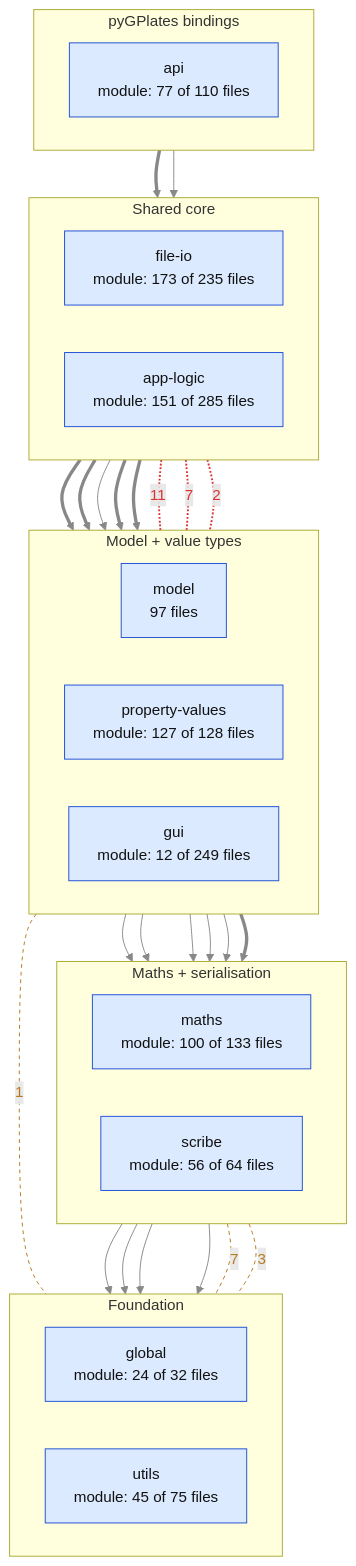
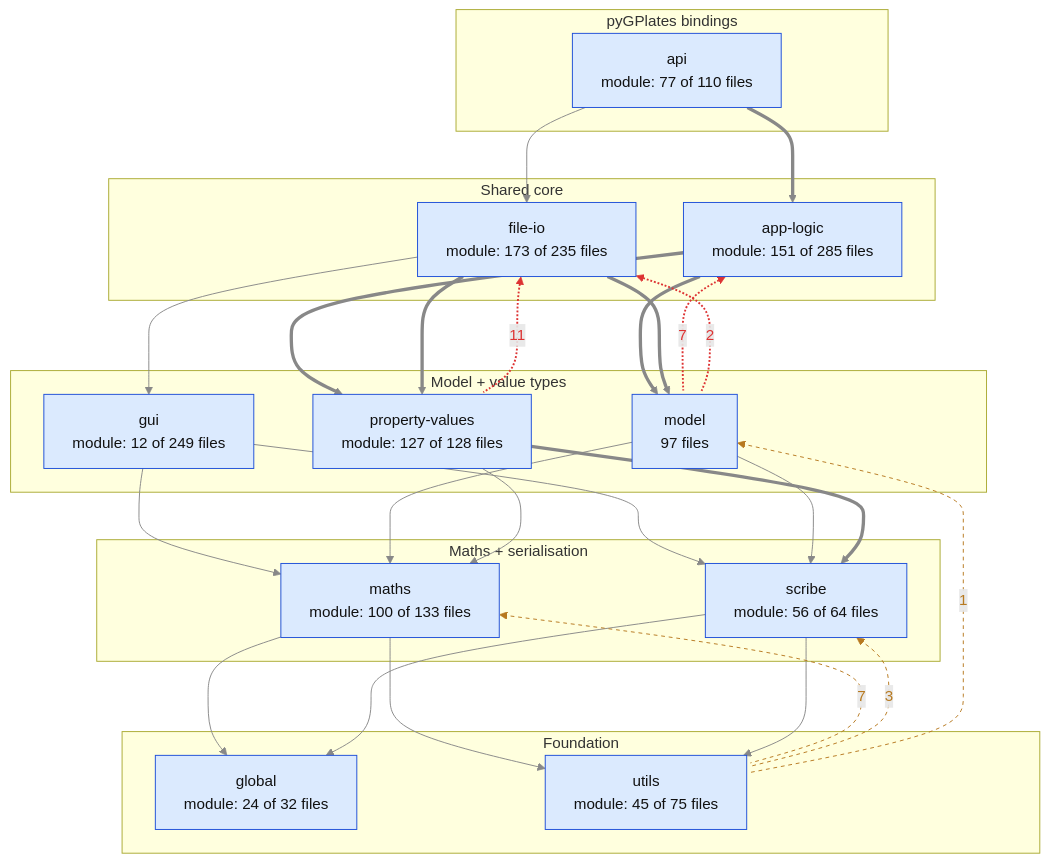
The second of 2 diagrams in docs/design/architecture/dependency-matrix.md (GPlates/GPlates), drawn with Mermaid before and after one commit. The commit also changed other lines of this file and 1 other file, not shown here.

First line of the commit message:
Draw arrowheads on the upward edges of the layer diagrams

````diff
--- a/docs/design/architecture/dependency-matrix.md
+++ b/docs/design/architecture/dependency-matrix.md
@@ -149,56 +141,51 @@
 ```mermaid
 flowchart TD
   subgraph L0 ["Foundation"]
-    direction LR
     global["global<br/>module: 24 of 32 files"]:::module
     utils["utils<br/>module: 45 of 75 files"]:::module
   end
   subgraph L1 ["Maths + serialisation"]
-    direction LR
     maths["maths<br/>module: 100 of 133 files"]:::module
     scribe["scribe<br/>module: 56 of 64 files"]:::module
   end
   subgraph L2 ["Model + value types"]
-    direction LR
     model["model<br/>97 files"]:::module
     property_values["property-values<br/>module: 127 of 128 files"]:::module
     gui["gui<br/>module: 12 of 249 files"]:::module
   end
   subgraph L3 ["Shared core"]
-    direction LR
     file_io["file-io<br/>module: 173 of 235 files"]:::module
     app_logic["app-logic<br/>module: 151 of 285 files"]:::module
   end
   subgraph L4 ["pyGPlates bindings"]
-    direction LR
     api["api<br/>module: 77 of 110 files"]:::module
   end
   maths --> global
   maths --> utils
   scribe --> global
   scribe --> utils
   gui --> maths
   gui --> scribe
   model --> maths
   model --> scribe
   property_values --> maths
   property_values ==> scribe
   app_logic ==> model
   app_logic ==> property_values
   file_io --> gui
   file_io ==> model
   file_io ==> property_values
   api ==> app_logic
   api --> file_io
-  file_io <-.-|11| property_values
-  app_logic <-.-|7| model
-  file_io <-.-|2| model
-  maths <-.-|7| utils
-  scribe <-.-|3| utils
-  model <-.-|1| utils
+  file_io <-.->|11| property_values
+  app_logic <-.->|7| model
+  file_io <-.->|2| model
+  maths <-.->|7| utils
+  scribe <-.->|3| utils
+  model <-.->|1| utils
   classDef module fill:#dbeafe,stroke:#1d4ed8,color:#111
   classDef gplates fill:#f3f4f6,stroke:#6b7280,color:#111
   linkStyle 0,1,2,3,4,5,6,7,8,9,10,11,12,13,14,15,16 stroke:#888
-  linkStyle 20,21,22 stroke:#b7791f,stroke-dasharray:4 4,color:#b7791f
-  linkStyle 17,18,19 stroke:#d33,stroke-width:2px,color:#d33
+  linkStyle 20,21,22 stroke:#b7791f,stroke-dasharray:4 4,color:#b7791f,marker-end:none
+  linkStyle 17,18,19 stroke:#d33,stroke-width:2px,color:#d33,marker-end:none
 ```
````
